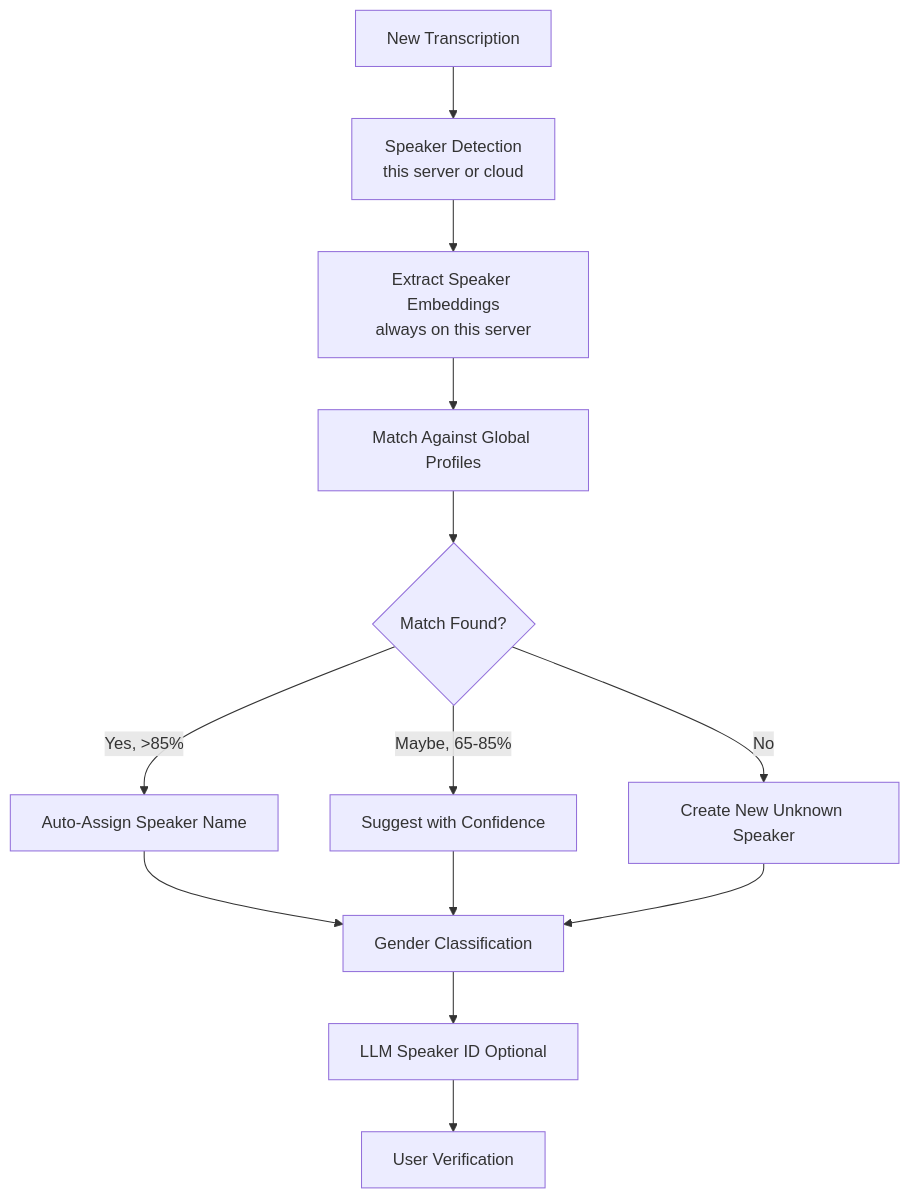
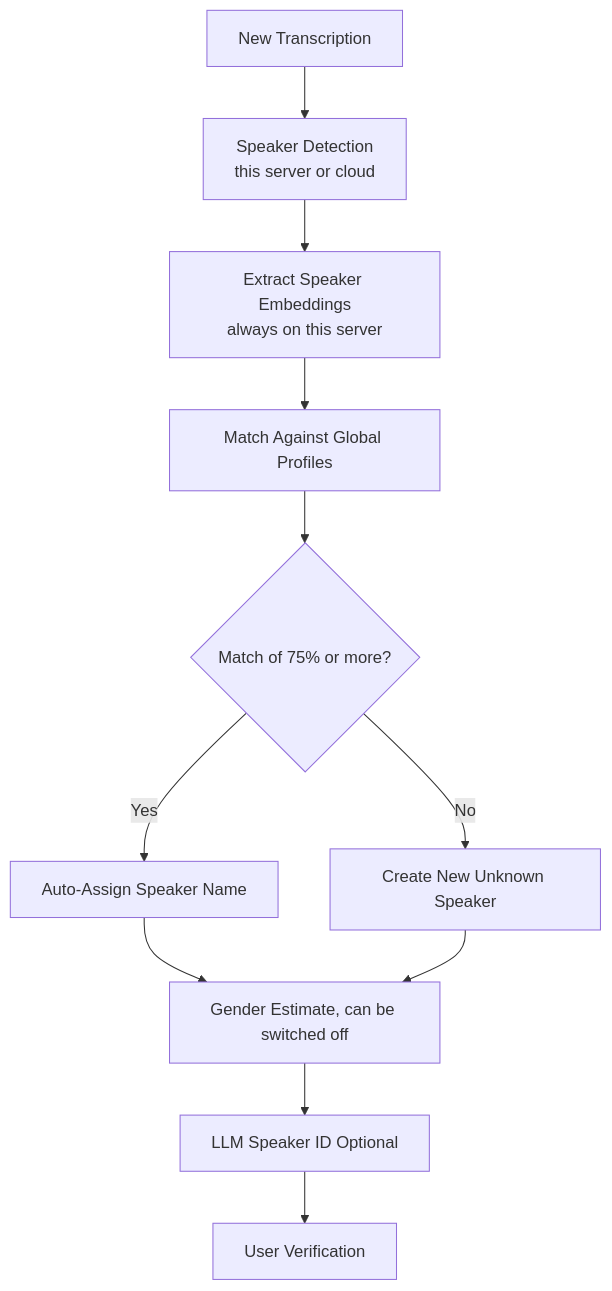
One commit to attevon-llc/OpenTranscribe changed the diagram in docs-site/docs/user-guide/speaker-management.md. Above: the diagram before and after it, drawn with Mermaid. The commit also changed other lines of this file and 5 other files, not shown here.

````diff
--- a/docs-site/docs/user-guide/speaker-management.md
+++ b/docs-site/docs/user-guide/speaker-management.md
@@ -36,13 +37,12 @@
 ```mermaid
 flowchart TD
     A[New Transcription] --> B[Speaker Detection\nthis server or cloud]
     B --> C[Extract Speaker Embeddings\nalways on this server]
     C --> D[Match Against Global Profiles]
-    D --> E{Match Found?}
-    E -->|Yes, >85%| F[Auto-Assign Speaker Name]
-    E -->|Maybe, 65-85%| G[Suggest with Confidence]
+    D --> E{Match of 75% or more?}
+    E -->|Yes| F[Auto-Assign Speaker Name]
     E -->|No| H[Create New Unknown Speaker]
-    F & G & H --> I[Gender Classification]
+    F & H --> I[Gender Estimate, can be switched off]
     I --> J[LLM Speaker ID Optional]
     J --> K[User Verification]
 ```
````
